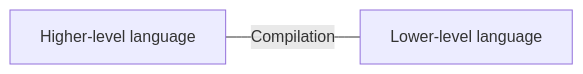
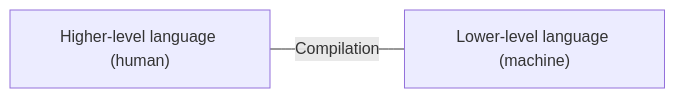
The first of 14 diagrams in README.md (sximenez/2023-11-nov-c--fundamentals), drawn with Mermaid before and after one commit. The commit also changed other lines of this file, not shown here.

````diff
--- a/README.md
+++ b/README.md
@@ -91,5 +26,5 @@
 ```mermaid
 graph LR
 
-1[Higher-level language] ---|Compilation| 2[Lower-level language]
+1["Higher-level language (human)"] ---|Compilation| 2["Lower-level language (machine)"]
 ```
````
